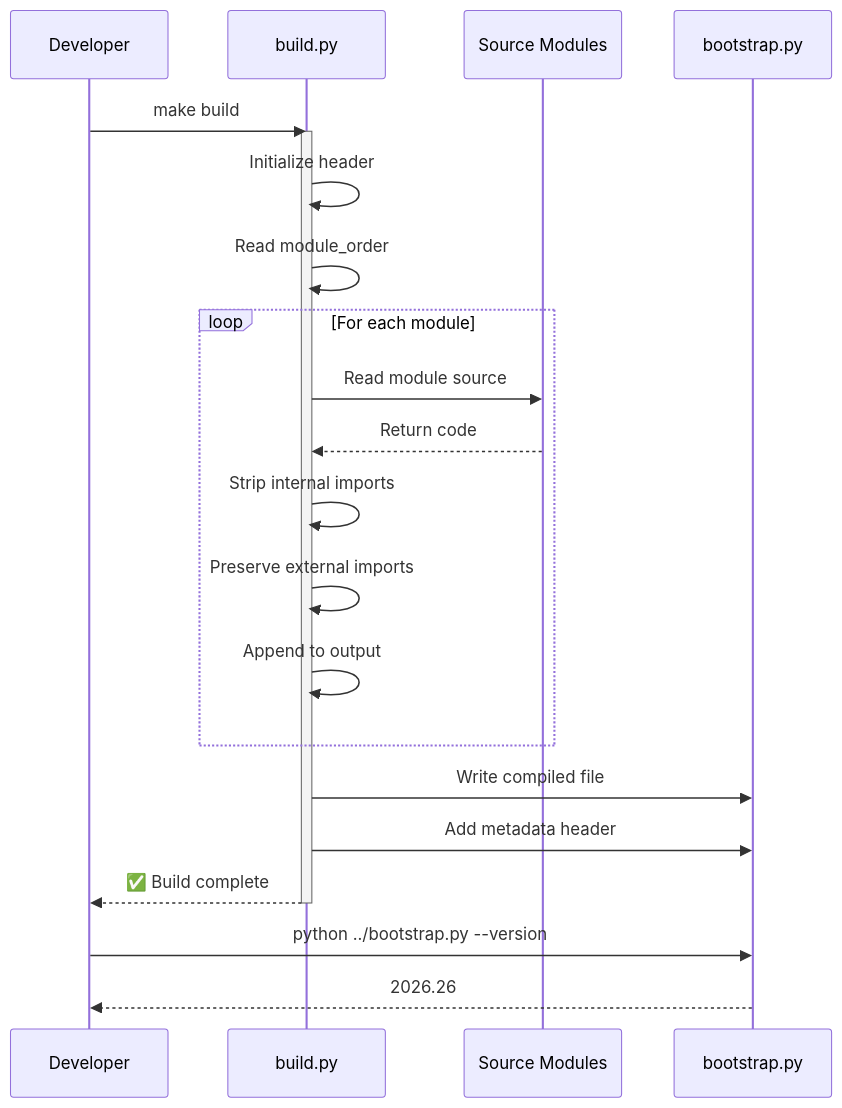
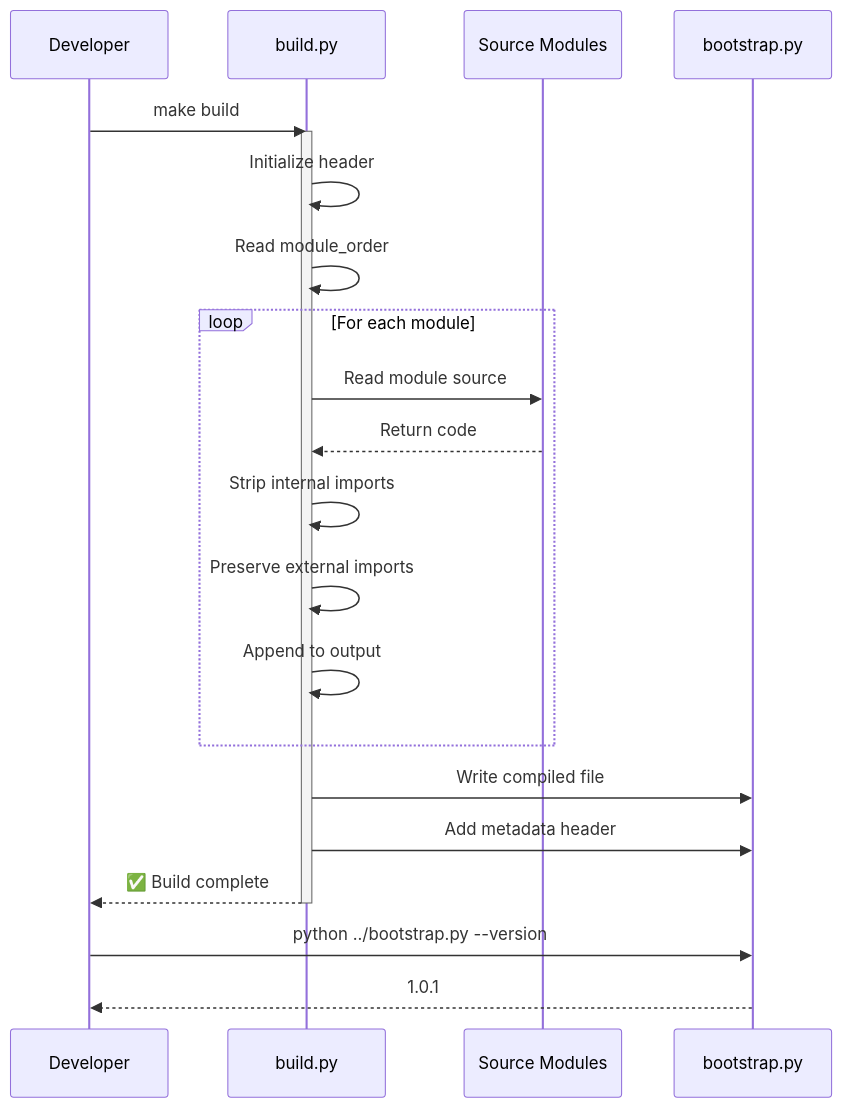
The third of 3 diagrams in docs/architecture.md (thomas-jamet/Multi-LLM-Development-Framework), drawn with Mermaid before and after one commit. The commit also changed other lines of this file and 17 other files, not shown here.

````diff
--- a/docs/architecture.md
+++ b/docs/architecture.md
@@ -133,29 +133,29 @@
 ```mermaid
 sequenceDiagram
     participant Dev as Developer
     participant Build as build.py
     participant Modules as Source Modules
     participant Output as bootstrap.py
 
     Dev->>Build: make build
     activate Build
 
     Build->>Build: Initialize header
     Build->>Build: Read module_order
 
     loop For each module
         Build->>Modules: Read module source
         Modules-->>Build: Return code
         Build->>Build: Strip internal imports
         Build->>Build: Preserve external imports
         Build->>Build: Append to output
     end
 
     Build->>Output: Write compiled file
     Build->>Output: Add metadata header
     Build-->>Dev: ✅ Build complete
     deactivate Build
 
     Dev->>Output: python ../bootstrap.py --version
-    Output-->>Dev: 2026.26
+    Output-->>Dev: 1.0.1
 ```
````
